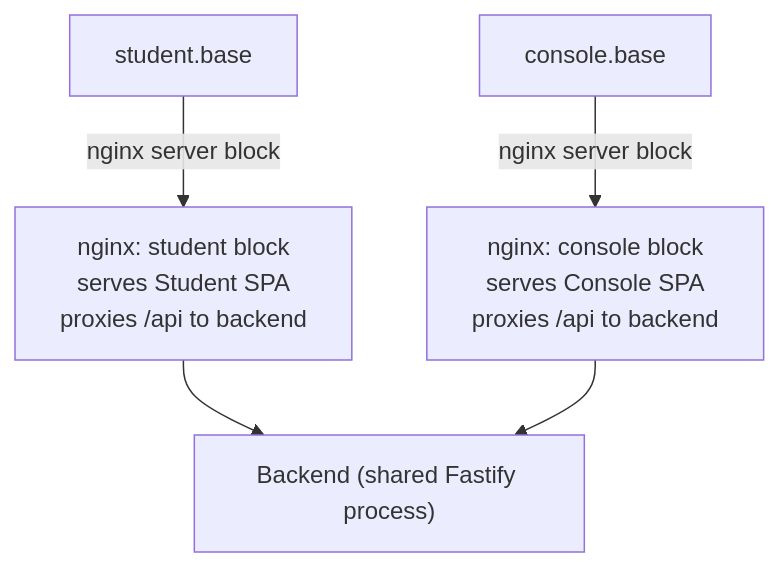
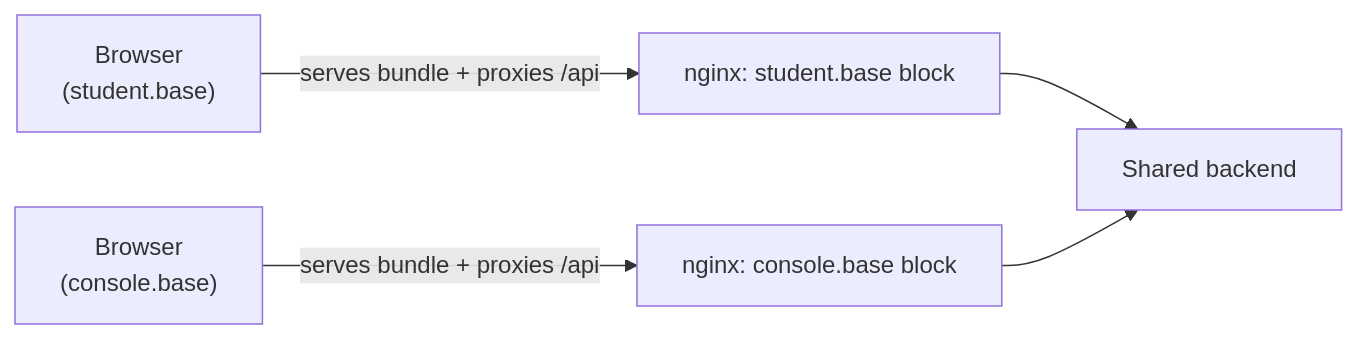
One commit to stemolly/wiki changed the second of 4 diagrams in src/content/docs/architecture/auth-security.md. Above: the diagram before and after it, drawn with Mermaid. The commit also changed other lines of this file and 57 other files, not shown here.

````diff
--- a/src/content/docs/architecture/auth-security.md
+++ b/src/content/docs/architecture/auth-security.md
@@ -52,7 +93,7 @@
 ```mermaid
-graph TD
-    A["student.base"] -->|"nginx server block"| N1["nginx: student block<br/>serves Student SPA<br/>proxies /api to backend"]
-    B["console.base"] -->|"nginx server block"| N2["nginx: console block<br/>serves Console SPA<br/>proxies /api to backend"]
-    N1 --> BE["Backend (shared Fastify process)"]
-    N2 --> BE
+graph LR
+    SB["Browser<br/>(student.base)"] -->|"serves bundle + proxies /api"| NS["nginx: student.base block"]
+    CB["Browser<br/>(console.base)"] -->|"serves bundle + proxies /api"| NC["nginx: console.base block"]
+    NS --> Backend["Shared backend"]
+    NC --> Backend
 ```
````
